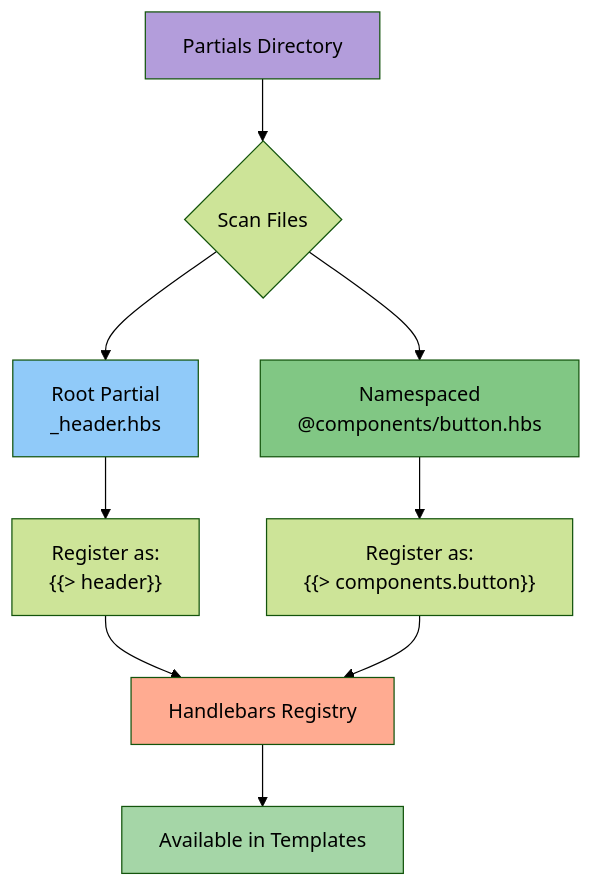
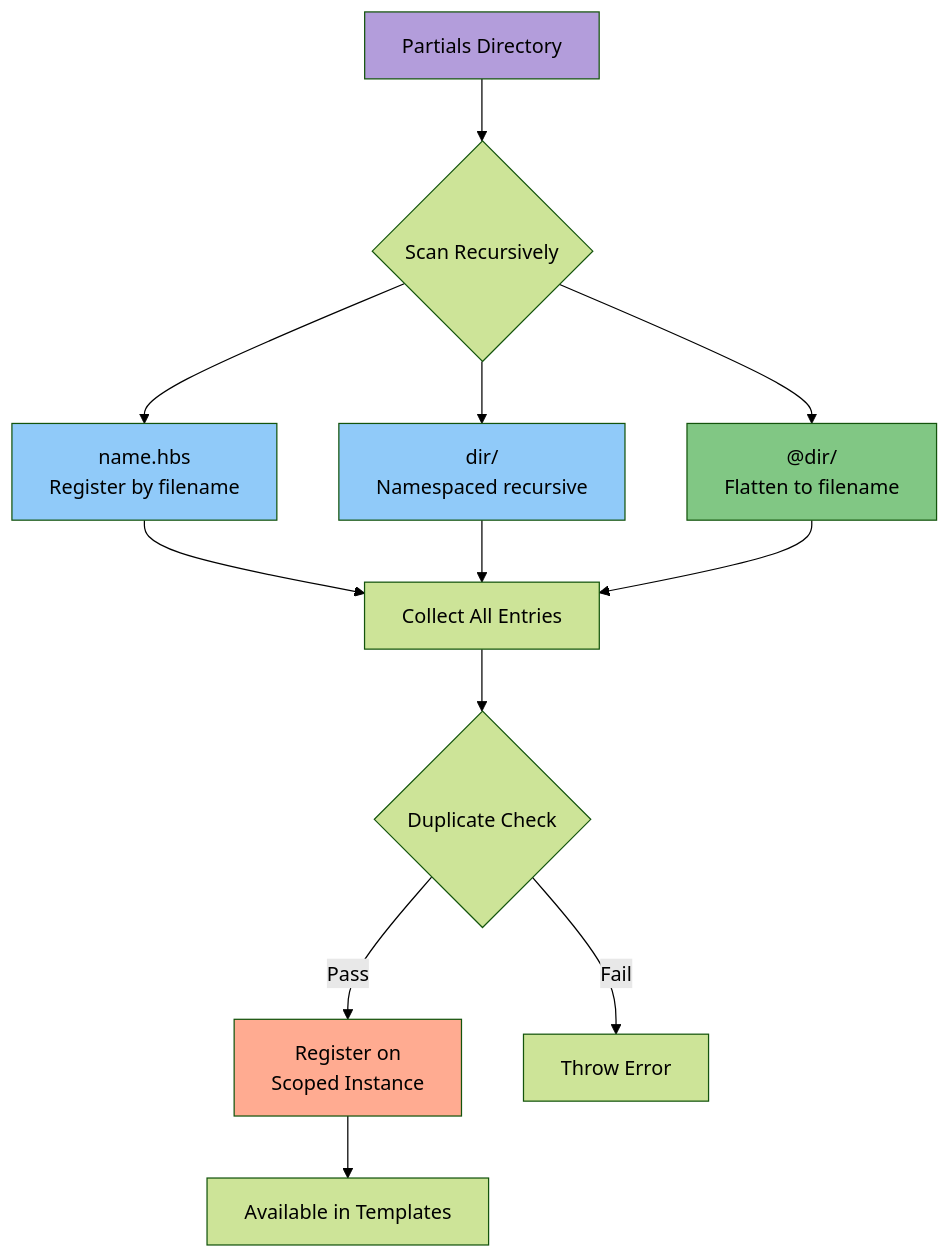
One commit to nci-gis/js-tmpl changed the seventh of 9 diagrams in docs/WORKFLOW.md. Above: the diagram before and after it, drawn with Mermaid (forest theme). The commit also changed other lines of this file and 24 other files, not shown here.

First line of the commit message:
refactor: redesign partial system with optional partialsDir

````diff
--- a/docs/WORKFLOW.md
+++ b/docs/WORKFLOW.md
@@ -178,21 +178,24 @@
 ```mermaid
 graph TD
-    A[Partials Directory] --> B{Scan Files}
+    A[Partials Directory] --> B{Scan Recursively}
 
-    B --> C["Root Partial<br/>_header.hbs"]
-    B --> D["Namespaced<br/>@components/button.hbs"]
+    B --> C["name.hbs<br/>Register by filename"]
+    B --> D["dir/<br/>Namespaced recursive"]
+    B --> E["@dir/<br/>Flatten to filename"]
 
-    C --> E["Register as:<br/>{{> header}}"]
-    D --> F["Register as:<br/>{{> components.button}}"]
+    C --> F[Collect All Entries]
+    D --> F
+    E --> F
 
-    E --> G[Handlebars Registry]
-    F --> G
+    F --> G{Duplicate Check}
+    G -->|Pass| H[Register on<br/>Scoped Instance]
+    G -->|Fail| I[Throw Error]
 
-    G --> H[Available in Templates]
+    H --> J[Available in Templates]
 
     style A fill:#b39ddb
     style C fill:#90caf9
-    style D fill:#81c784
-    style G fill:#ffab91
-    style H fill:#a5d6a7
+    style D fill:#90caf9
+    style E fill:#81c784
+    style H fill:#ffab91
 ```
````
